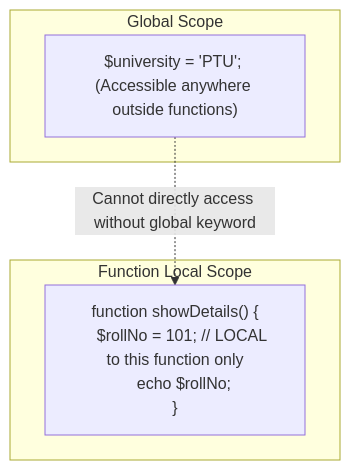
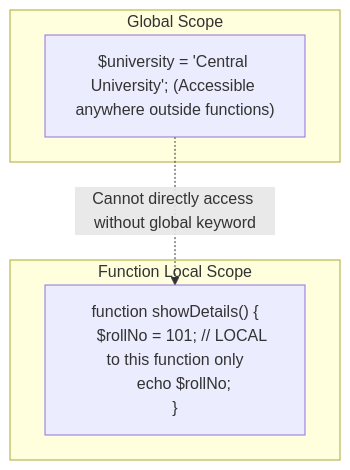
The fourth of 4 diagrams in UNIT_01_INTRODUCTION_TO_PHP.md (dr-rameshwer/php_2026), drawn with Mermaid before and after one commit. The commit also changed other lines of this file and 31 other files, not shown here.

````diff
--- a/UNIT_01_INTRODUCTION_TO_PHP.md
+++ b/UNIT_01_INTRODUCTION_TO_PHP.md
@@ -664,12 +664,12 @@
 ```mermaid
 graph TD
     subgraph Global Scope
-        G["$university = 'PTU'; (Accessible anywhere outside functions)"]
+        G["$university = 'Central University'; (Accessible anywhere outside functions)"]
     end
 
     subgraph Function Local Scope
         F["function showDetails() {<br>    $rollNo = 101; // LOCAL to this function only<br>    echo $rollNo;<br>}"]
     end
 
     G -.->|Cannot directly access without global keyword| F
 ```
````
